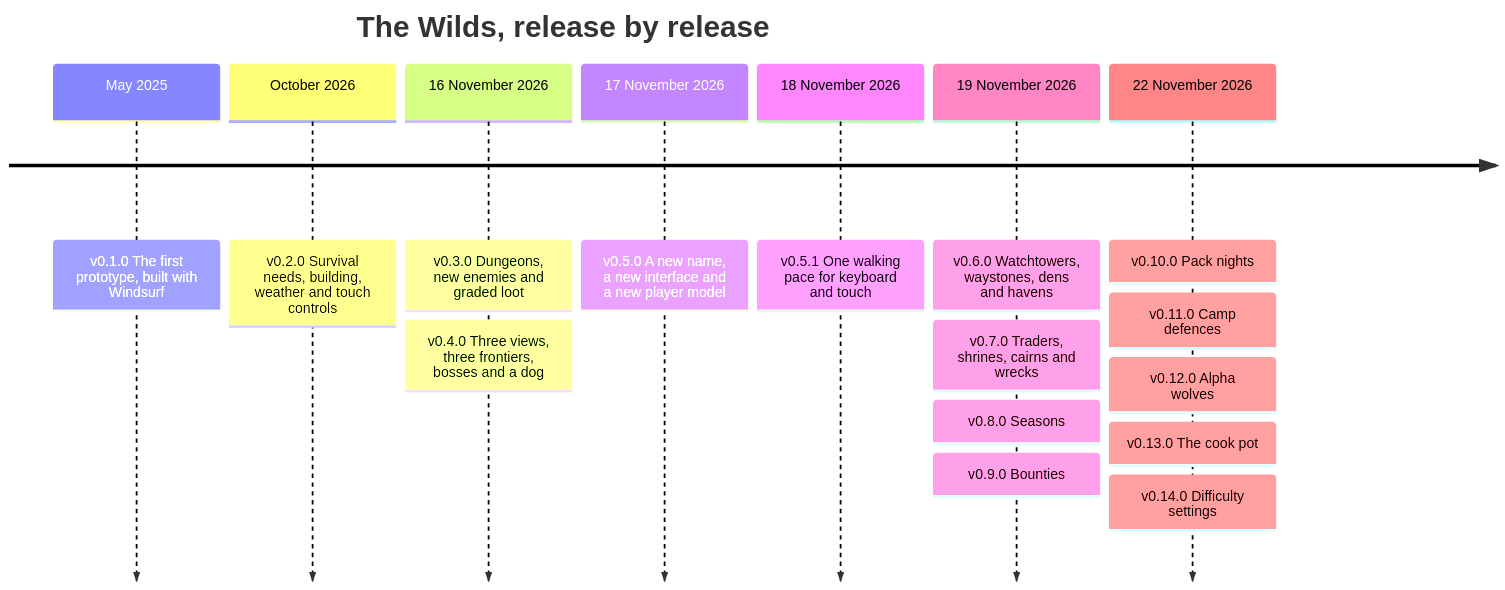
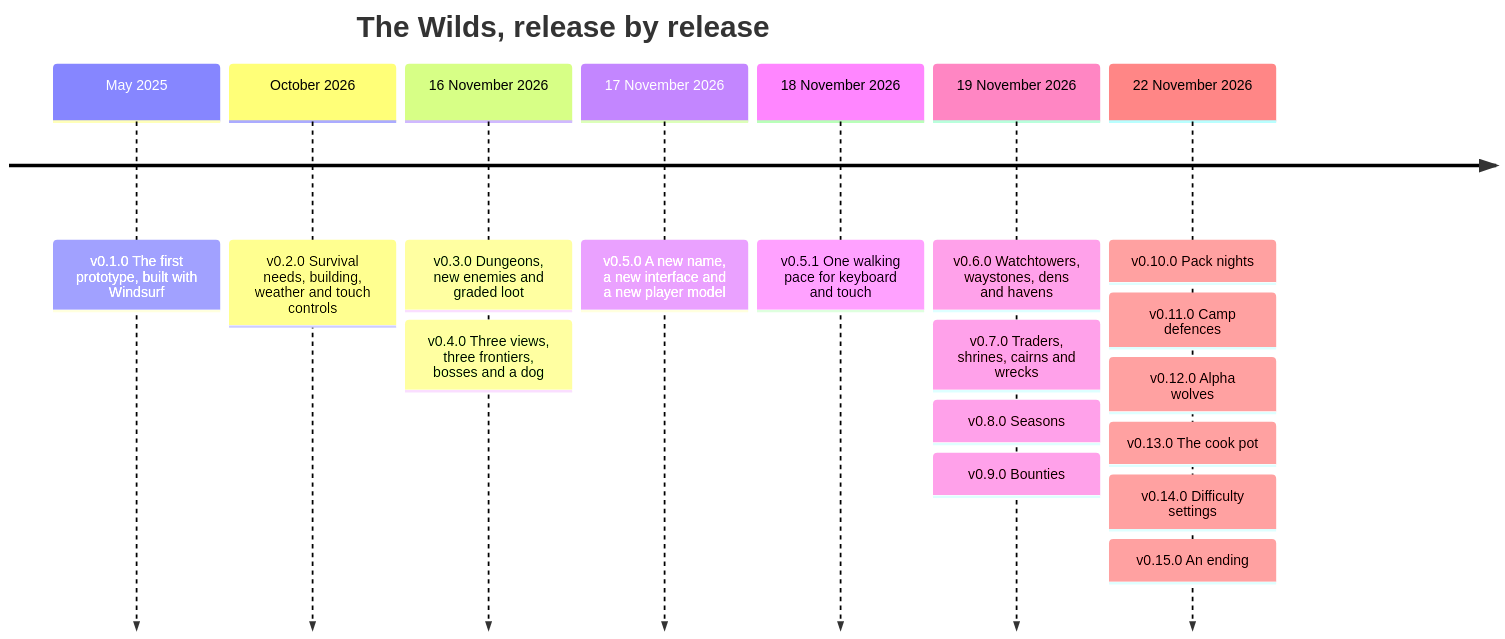
One commit to CptNope/Survival-Game changed the fifth of 5 diagrams in README.md. Above: the diagram before and after it, drawn with Mermaid. The commit also changed other lines of this file and 11 other files, not shown here.

````diff
--- a/README.md
+++ b/README.md
@@ -597,19 +619,20 @@
 ```mermaid
 timeline
     title The Wilds, release by release
     May 2025 : v0.1.0 The first prototype, built with Windsurf
     October 2026 : v0.2.0 Survival needs, building, weather and touch controls
     16 November 2026 : v0.3.0 Dungeons, new enemies and graded loot
                      : v0.4.0 Three views, three frontiers, bosses and a dog
     17 November 2026 : v0.5.0 A new name, a new interface and a new player model
     18 November 2026 : v0.5.1 One walking pace for keyboard and touch
     19 November 2026 : v0.6.0 Watchtowers, waystones, dens and havens
                      : v0.7.0 Traders, shrines, cairns and wrecks
                      : v0.8.0 Seasons
                      : v0.9.0 Bounties
     22 November 2026 : v0.10.0 Pack nights
                      : v0.11.0 Camp defences
                      : v0.12.0 Alpha wolves
                      : v0.13.0 The cook pot
                      : v0.14.0 Difficulty settings
+                     : v0.15.0 An ending
 ```
````
